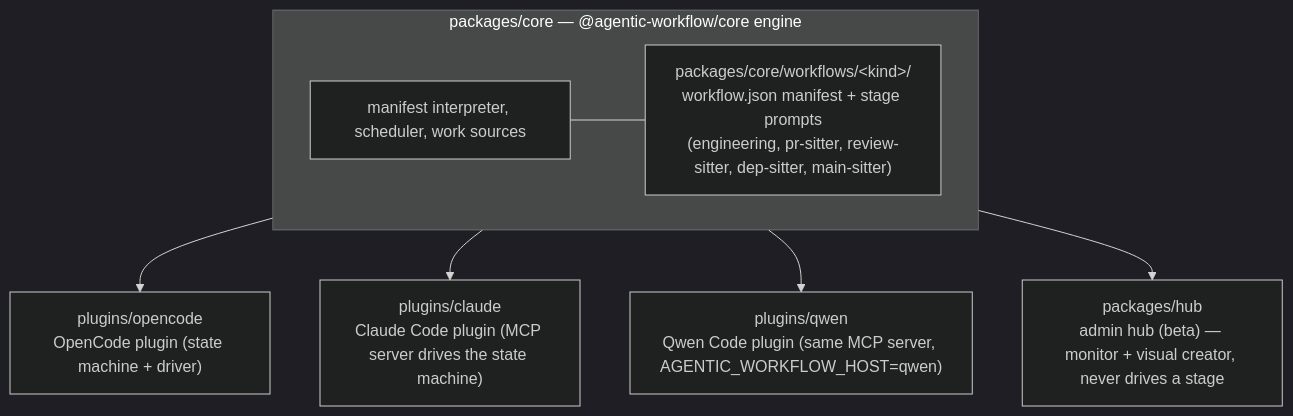
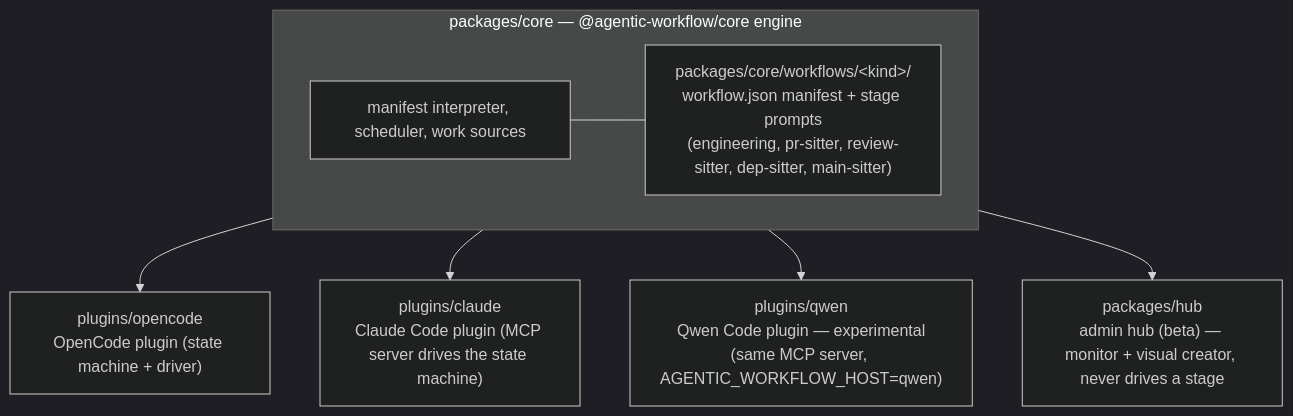
The second of 2 diagrams in AGENTS.md (yenchang265-afk/agentic-workflow), drawn with Mermaid (dark theme) before and after one commit. The commit also changed other lines of this file and 10 other files, not shown here.

First line of the commit message:
docs: mark Qwen Code host experimental everywhere it's mentioned

````diff
--- a/AGENTS.md
+++ b/AGENTS.md
@@ -158,18 +159,18 @@
 ```mermaid
 flowchart TD
     subgraph Core["packages/core — @agentic-workflow/core engine"]
         Engine["manifest interpreter, scheduler, work sources"]
         Workflows["packages/core/workflows/&lt;kind&gt;/<br/>workflow.json manifest + stage prompts<br/>(engineering, pr-sitter, review-sitter, dep-sitter, main-sitter)"]
         Engine --- Workflows
     end
 
     OpenCode["plugins/opencode<br/>OpenCode plugin (state machine + driver)"]
     Claude["plugins/claude<br/>Claude Code plugin (MCP server drives the state machine)"]
-    Qwen["plugins/qwen<br/>Qwen Code plugin (same MCP server, AGENTIC_WORKFLOW_HOST=qwen)"]
+    Qwen["plugins/qwen<br/>Qwen Code plugin — experimental<br/>(same MCP server, AGENTIC_WORKFLOW_HOST=qwen)"]
     Hub["packages/hub<br/>admin hub (beta) — monitor + visual creator, never drives a stage"]
 
     Core --> OpenCode
     Core --> Claude
     Core --> Qwen
     Core --> Hub
 ```
````
